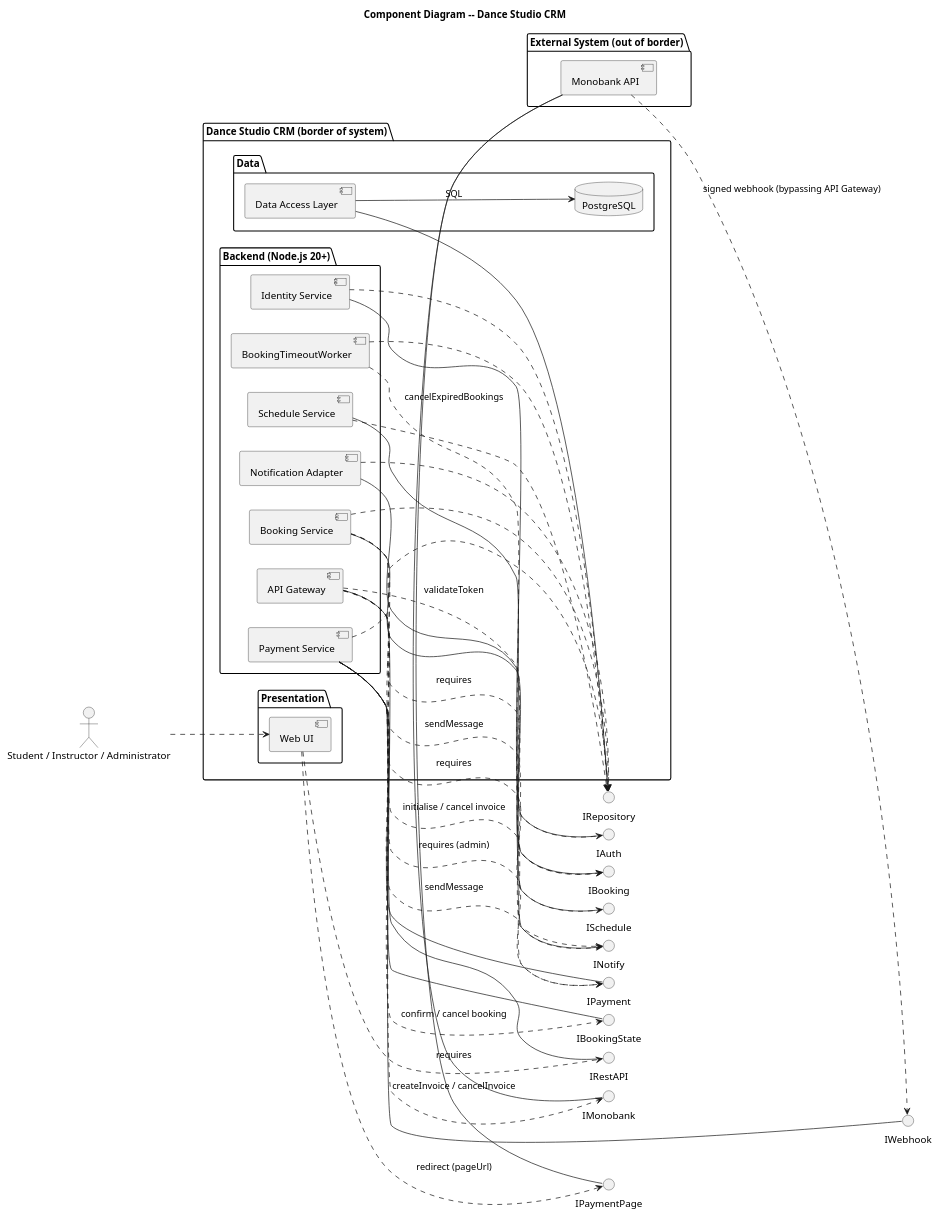
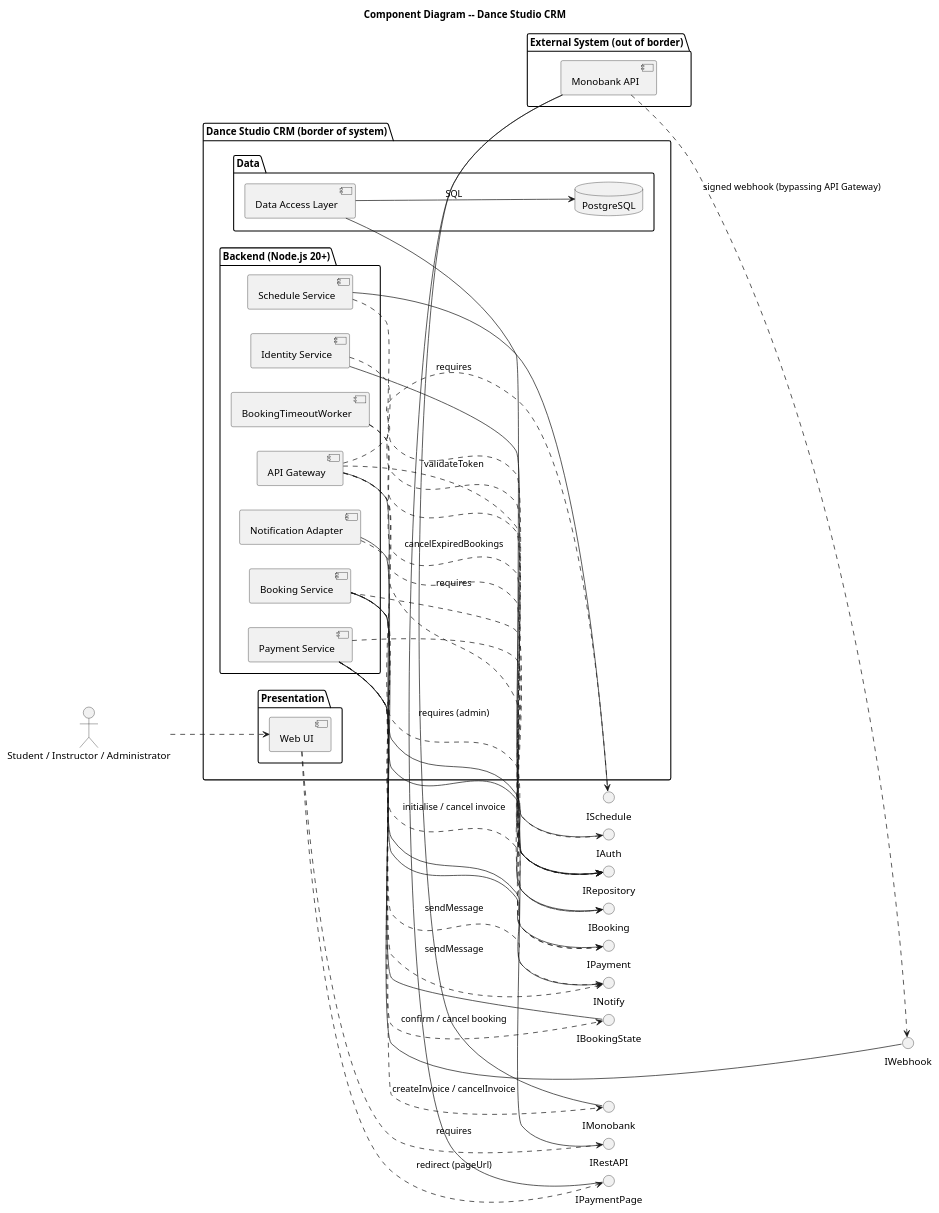
One commit to prashchukdanylo-stack/software-requirements-modeling-and-analysis changed the diagram in lab5/architecture.puml. Above: the diagram before and after it, drawn with PlantUML.

Commit message:
mismatch 2 is fixed.

```diff
--- a/lab5/architecture.puml
+++ b/lab5/architecture.puml
@@ -1,77 +1,77 @@
 @startuml
 left to right direction
 
 title Component Diagram -- Dance Studio CRM
 actor "Student / Instructor / Administrator" as Actors
 
 package "Dance Studio CRM (border of system)" {
   package "Presentation" {
     component "Web UI" as WebUI
   }
 
   package "Backend (Node.js 20+)" {
     component "API Gateway" as Api
     component "Identity Service" as Idn
     component "Schedule Service" as Sch
     component "Booking Service" as Book
     component "Payment Service" as Pay
     component "BookingTimeoutWorker" as Wrk
     component "Notification Adapter" as Notif
   }
 
   package "Data" {
     component "Data Access Layer" as DAL
     database "PostgreSQL" as DB
   }
 }
 
 package "External System (out of border)" {
   component "Monobank API" as Mono
 }
 
 () "IRestAPI" as IRestAPI
 () "IAuth" as IAuth
 () "ISchedule" as ISchedule
 () "IBooking" as IBooking
 () "IBookingState" as IBookingState
 () "IPayment" as IPayment
 () "IWebhook" as IWebhook
 () "INotify" as INotify
 () "IRepository" as IRepository
 () "IMonobank" as IMonobank
 () "IPaymentPage" as IPaymentPage
 
 Api - IRestAPI
 Idn - IAuth
 Sch - ISchedule
 Book - IBooking
-Pay - IBookingState
+Book - IBookingState
 Pay - IPayment
 Pay - IWebhook
 Notif - INotify
 DAL - IRepository
 Mono - IMonobank
 Mono - IPaymentPage
 
 Actors ..> WebUI
 WebUI ..> IRestAPI : requires
 WebUI ..> IPaymentPage : redirect (pageUrl)
 Api ..> IAuth : validateToken
 Api ..> ISchedule : requires
 Api ..> IBooking : requires
 Api ..> IPayment : requires (admin)
 Book ..> IPayment : initialise / cancel invoice
 Pay ..> IBookingState : confirm / cancel booking
 Wrk ..> IBooking : cancelExpiredBookings
 Book ..> INotify : sendMessage
 Pay ..> INotify : sendMessage
 Pay ..> IMonobank : createInvoice / cancelInvoice
 Mono ..> IWebhook : signed webhook (bypassing API Gateway)
 Idn ..> IRepository
 Sch ..> IRepository
 Book ..> IRepository
 Pay ..> IRepository
 Wrk ..> IRepository
 Notif ..> IRepository
 DAL --> DB : SQL
 @enduml
```
